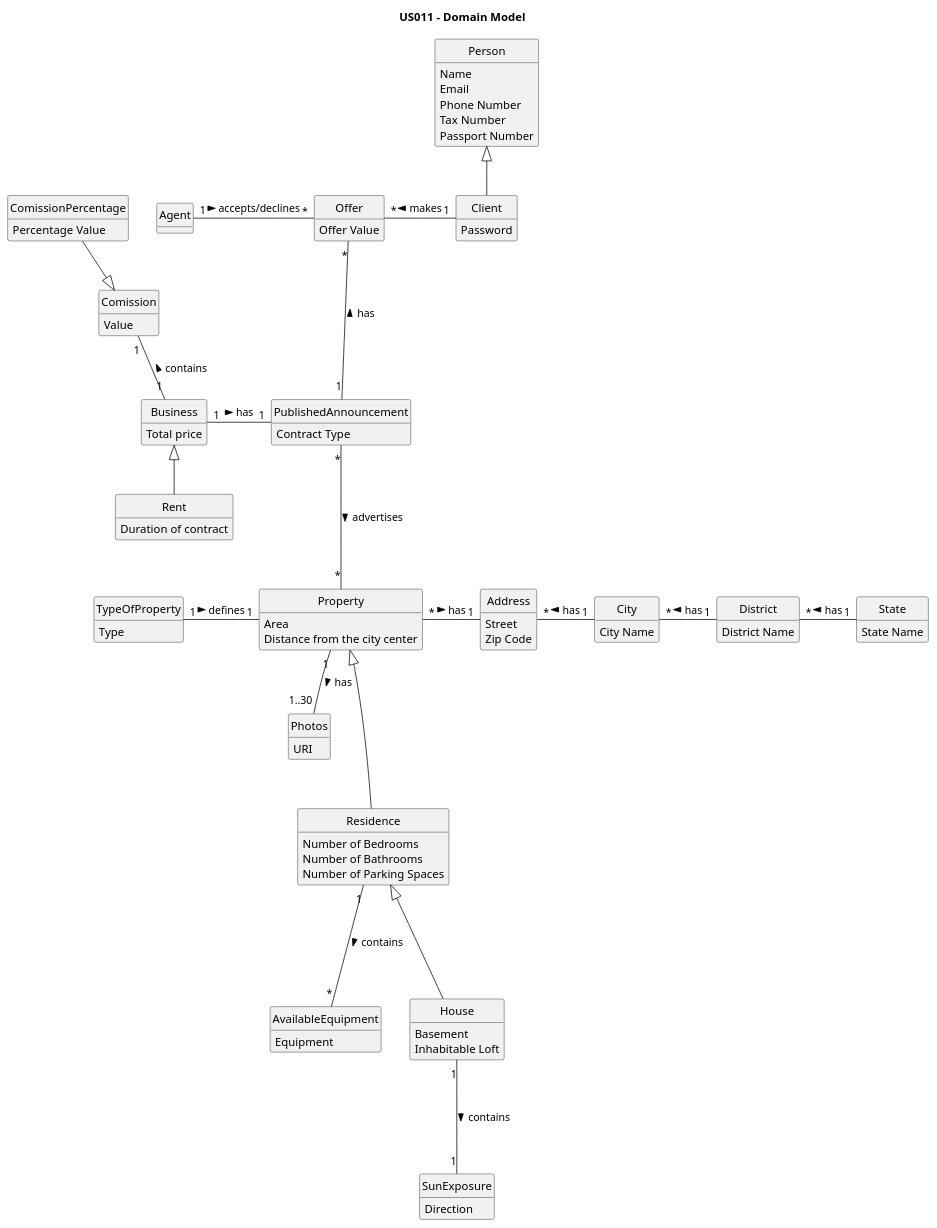
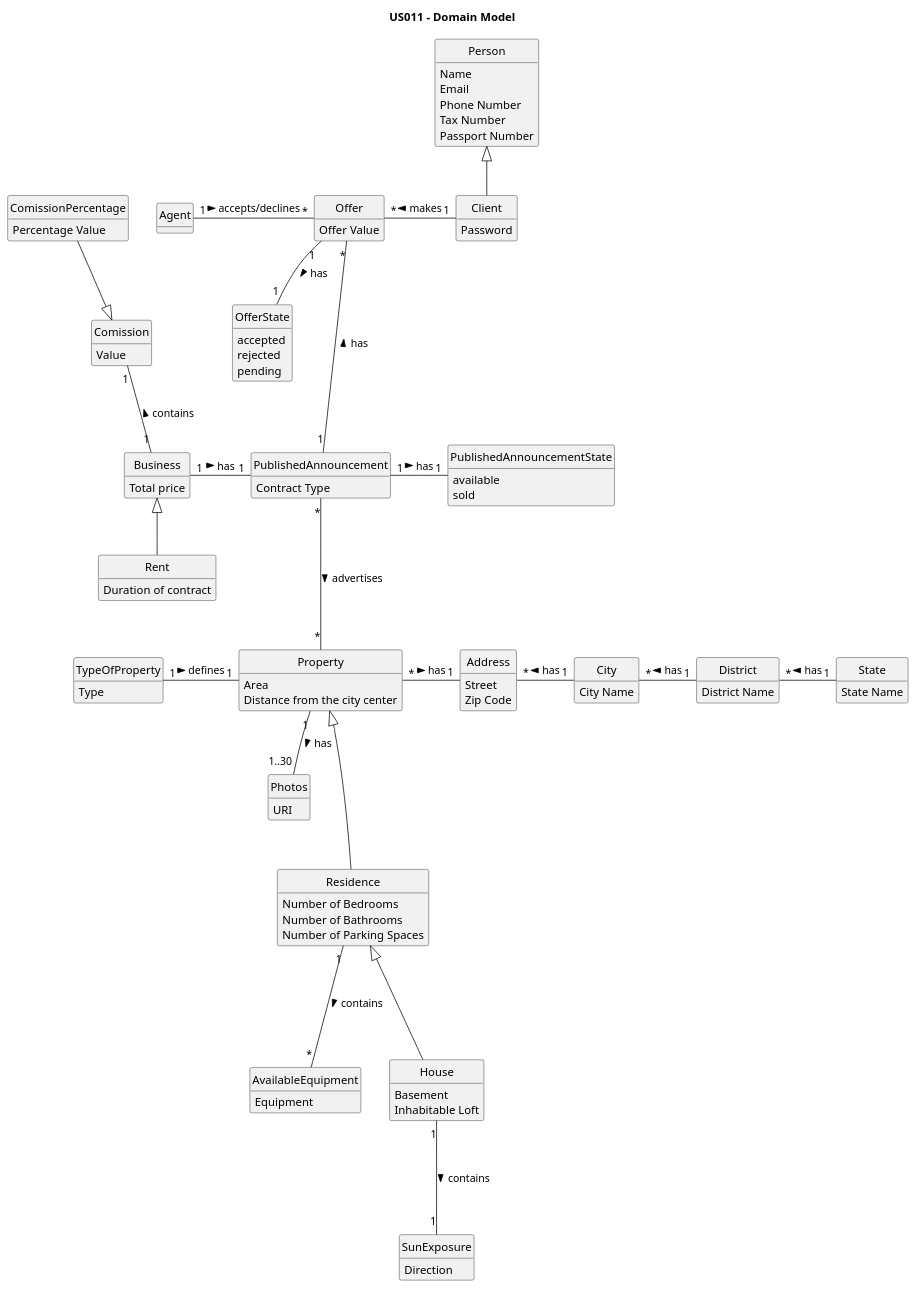
Before and after one commit to PureNimble/ISEP-LAPR2: the diagram in docs/sprintD/US11/02.analysis/puml/us011-domain-model.puml, drawn with PlantUML. The commit also changed 3 other files, not shown here.

Commit message:
Updated US11 diagrams and US18 domain model

```diff
--- a/docs/sprintD/US11/02.analysis/puml/us011-domain-model.puml
+++ b/docs/sprintD/US11/02.analysis/puml/us011-domain-model.puml
@@ -1,139 +1,155 @@
 @startuml
 
 title US011 - Domain Model
 
 skinparam groupInheritance 2
 skinparam monochrome true
 skinparam packageStyle rectangle
 skinparam shadowing false
 skinparam classAttributeIconSize 0
 hide circle
 hide methods
 
 class PublishedAnnouncement {
     Contract Type
 }
 
 class Agent {
 
 }
 
 class Person{
 Name
 Email
 Phone Number
 Tax Number
 Passport Number
 }
 
 
 class Client{
 Password
 }
 
 class Address {
 Street
 Zip Code
+}
+
+enum OfferState{
+    accepted
+    rejected
+    pending
+}
+
+enum PublishedAnnouncementState{
+    available
+    sold
 }
 
 class AvailableEquipment {
 Equipment
 }
 
 
 class Business {
 Total price
 }
 
 
 class City {
 City Name
 }
 
 class Comission {
 Value
 }
 '/
 
 class ComissionPercentage {
 Percentage Value
 }
 '/
 
 
 class District {
 District Name
 }
 
 
 class House {
 Basement
 Inhabitable Loft
 }
 
 
 class Photos {
 URI
 }
 
 class Property {
 Area
 Distance from the city center
 }
 
 
 class Rent {
 Duration of contract
 }
 
 
 class Residence {
 Number of Bedrooms
 Number of Bathrooms
 Number of Parking Spaces
 }
 
 
 class State {
 State Name
 }
 
 class SunExposure {
 Direction
 }
 
 class TypeOfProperty {
 Type
 }
 class Offer{
     Offer Value
 }
 
 
 Business <|-- Rent
 
 Comission "1" -- "1" Business : contains <
 ComissionPercentage  --|> Comission
 
 House "1" --- "1" SunExposure : contains >
 
 Property <|--- Residence
 Property "*" -right- "1" Address : has >
 PublishedAnnouncement "1" -left- "1" Business : has <
 Property "1" -- "1..30" Photos : has >
 PublishedAnnouncement "*" --- "*" Property: advertises >
 
+
 Residence "1" --- "*" AvailableEquipment : contains >
 Residence <|--- House
 
 District "1" -left- "*" City : has >
 State "1" -left- "*" District : has >
 City "1" -left- "*" Address : has >
 
 TypeOfProperty "1" -right- "1" Property : defines >
 Person <|-- Client
 
+Offer "1" -- "1" OfferState : has >
+
+PublishedAnnouncement "1" -right- "1" PublishedAnnouncementState : has >
+
 Client "1" -left "*" Offer : makes >
 Agent "1" -right "*" Offer : accepts/declines > 
 PublishedAnnouncement "1"  -up-- "*" Offer : has >
 @enduml
```
